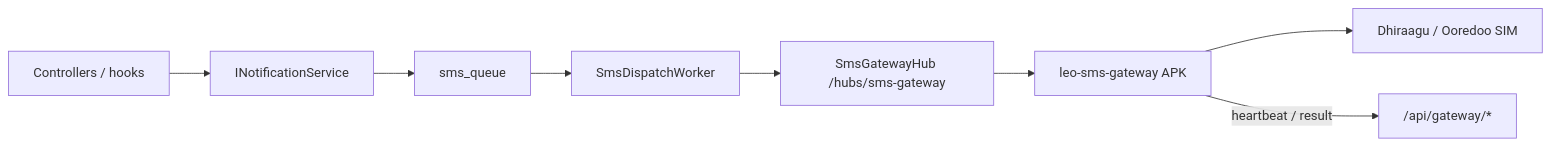
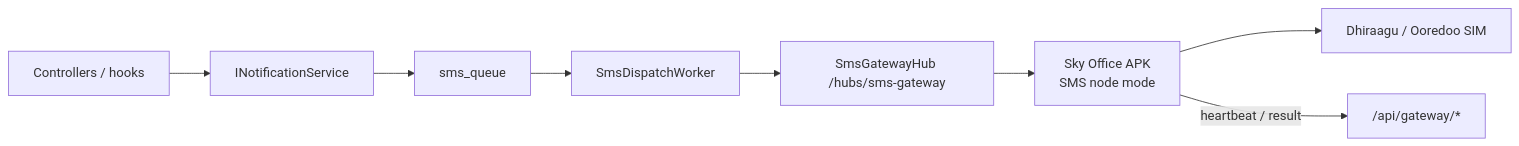
Before and after one commit to adhuhaam/sky_office_homelab: the diagram in docs/SMS-GATEWAY.md, drawn with Mermaid. The commit also changed other lines of this file and 272 other files, not shown here.

First line of the commit message:
Collapse to a single Sky Office Android app.

````diff
--- a/docs/SMS-GATEWAY.md
+++ b/docs/SMS-GATEWAY.md
@@ -11,10 +11,10 @@
 ```mermaid
 flowchart LR
   Product["Controllers / hooks"] --> NS["INotificationService"]
   NS --> Q["sms_queue"]
   Q --> W["SmsDispatchWorker"]
   W --> Hub["SmsGatewayHub /hubs/sms-gateway"]
-  Hub --> App["leo-sms-gateway APK"]
+  Hub --> App["Sky Office APK\nSMS node mode"]
   App --> SIM["Dhiraagu / Ooredoo SIM"]
   App -->|"heartbeat / result"| API["/api/gateway/*"]
 ```
````
